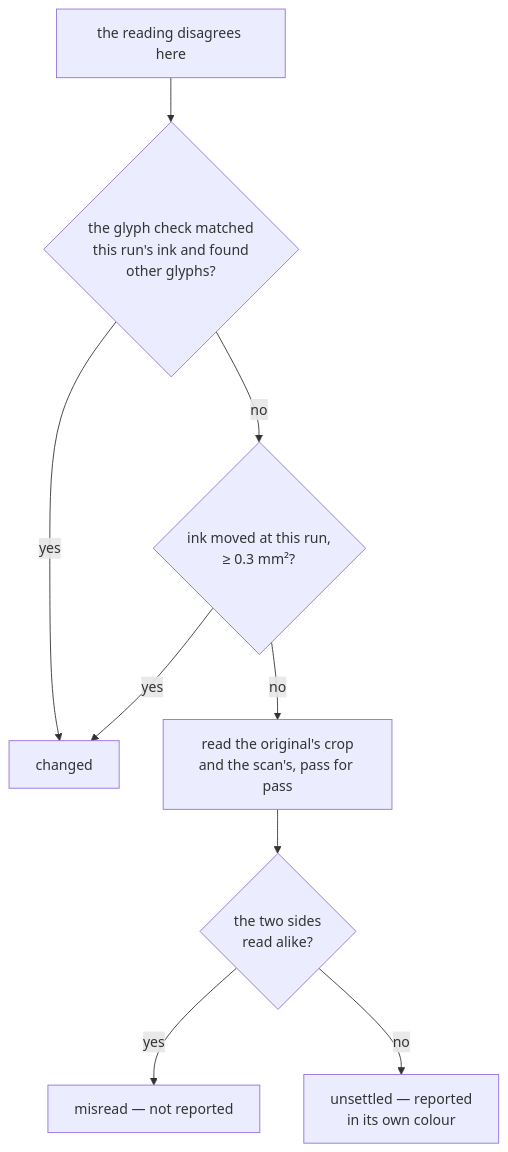
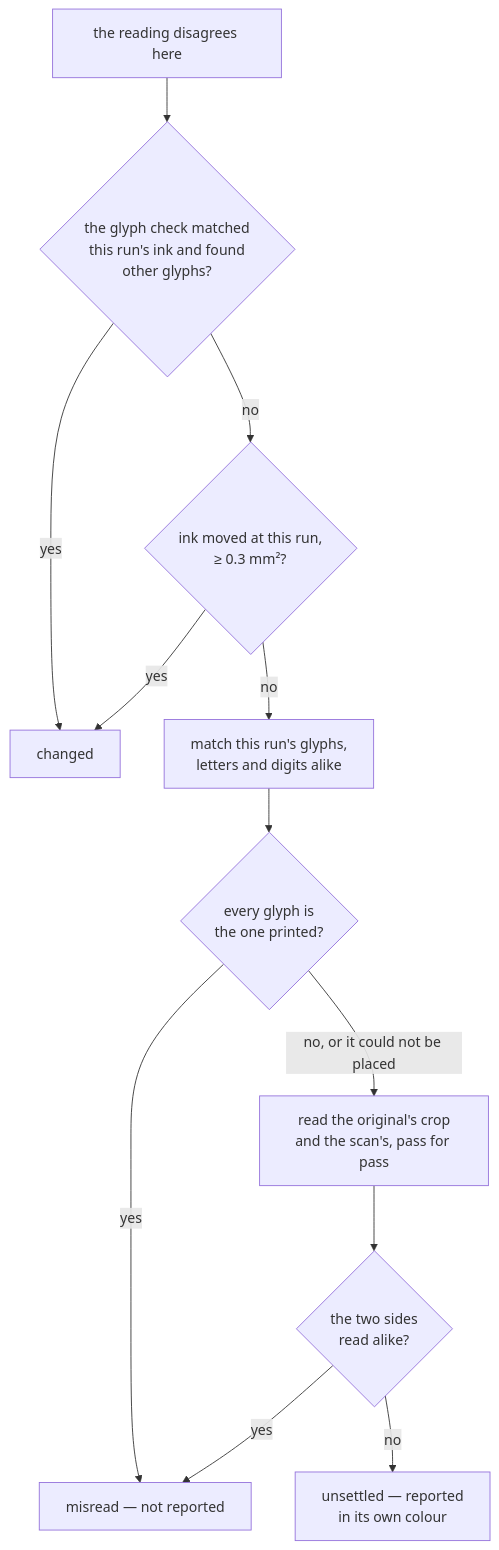
The third of 4 diagrams in packages/audit/documentation/algorithms.md (russoedu/scanmate), drawn with Mermaid before and after one commit. The commit also changed other lines of this file and 11 other files, not shown here.

````diff
--- a/packages/audit/documentation/algorithms.md
+++ b/packages/audit/documentation/algorithms.md
@@ -92,11 +92,14 @@
 ```mermaid
 flowchart TD
   A[the reading disagrees here] --> B{the glyph check matched<br/>this run's ink and found<br/>other glyphs?}
   B -->|yes| C[changed]
   B -->|no| D{ink moved at this run,<br/>≥ 0.3 mm²?}
   D -->|yes| C
-  D -->|no| E[read the original's crop<br/>and the scan's, pass for pass]
+  D -->|no| M[match this run's glyphs,<br/>letters and digits alike]
+  M --> N{every glyph is<br/>the one printed?}
+  N -->|yes| G[misread — not reported]
+  N -->|no, or it could not be placed| E[read the original's crop<br/>and the scan's, pass for pass]
   E --> F{the two sides<br/>read alike?}
-  F -->|yes| G[misread — not reported]
+  F -->|yes| G
   F -->|no| H[unsettled — reported<br/>in its own colour]
 ```
````
